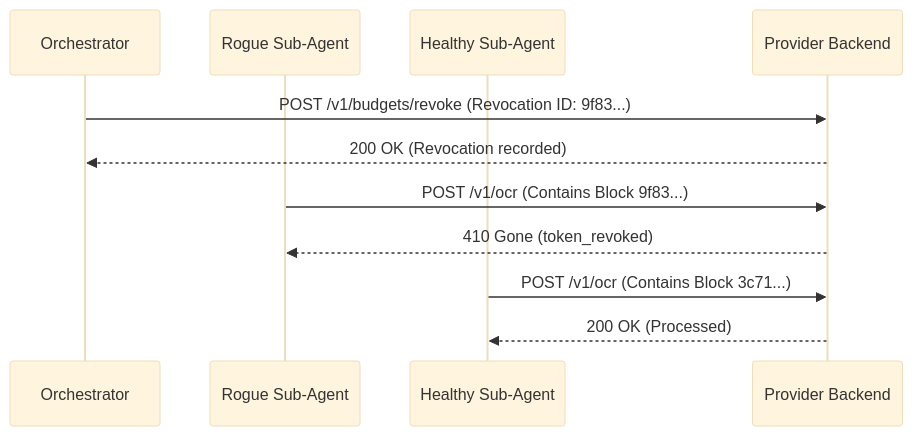
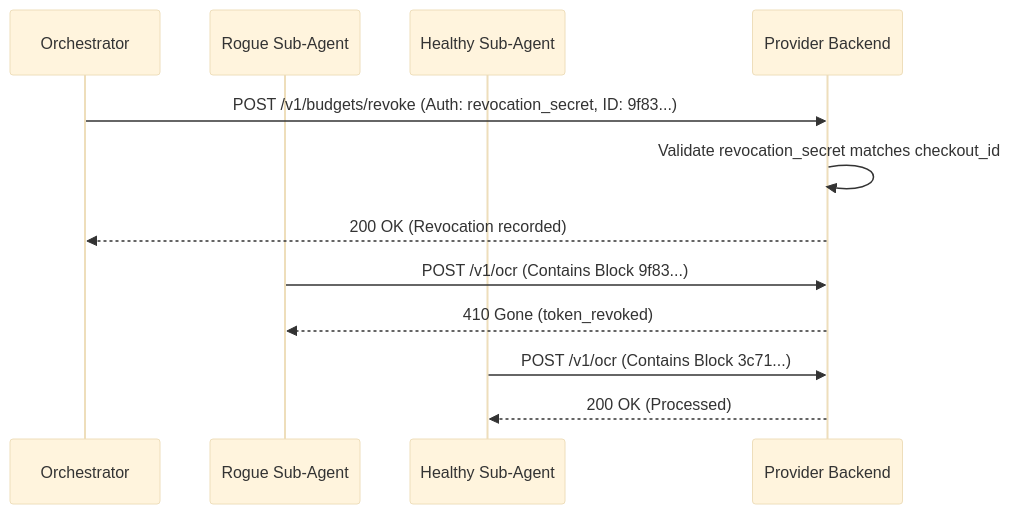
The third of 3 diagrams in 02-architecture.md (mceleri/attenuated-agent-budgets), drawn with Mermaid (base theme) before and after one commit. The commit also changed other lines of this file and 6 other files, not shown here.

Commit message:
feat: enforce privilege separation and administrative revocation_secret across spec and code

````diff
--- a/02-architecture.md
+++ b/02-architecture.md
@@ -157,14 +159,15 @@
 ```mermaid
 sequenceDiagram
     participant O as Orchestrator
     participant SA as Rogue Sub-Agent
     participant SB as Healthy Sub-Agent
     participant P as Provider Backend
 
-    O->>P: POST /v1/budgets/revoke (Revocation ID: 9f83...)
+    O->>P: POST /v1/budgets/revoke (Auth: revocation_secret, ID: 9f83...)
+    P->>P: Validate revocation_secret matches checkout_id
     P-->>O: 200 OK (Revocation recorded)
     SA->>P: POST /v1/ocr (Contains Block 9f83...)
     P-->>SA: 410 Gone (token_revoked)
     SB->>P: POST /v1/ocr (Contains Block 3c71...)
     P-->>SB: 200 OK (Processed)
 ```
````
